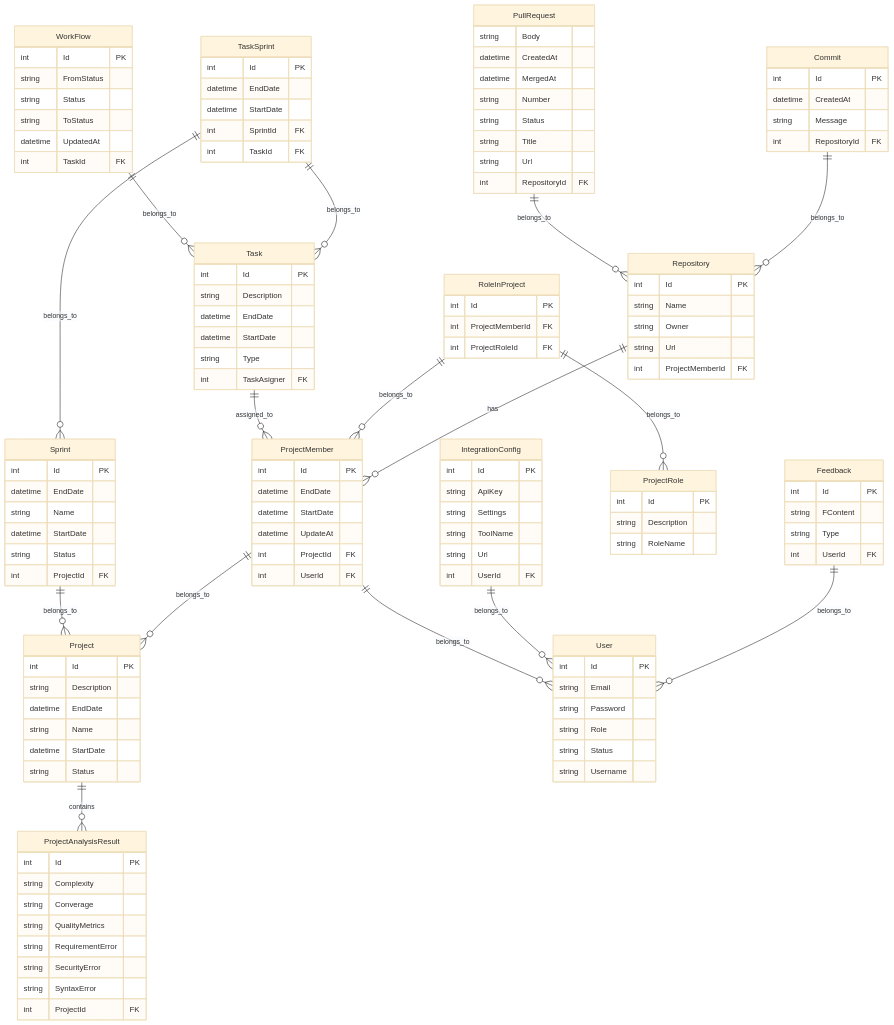
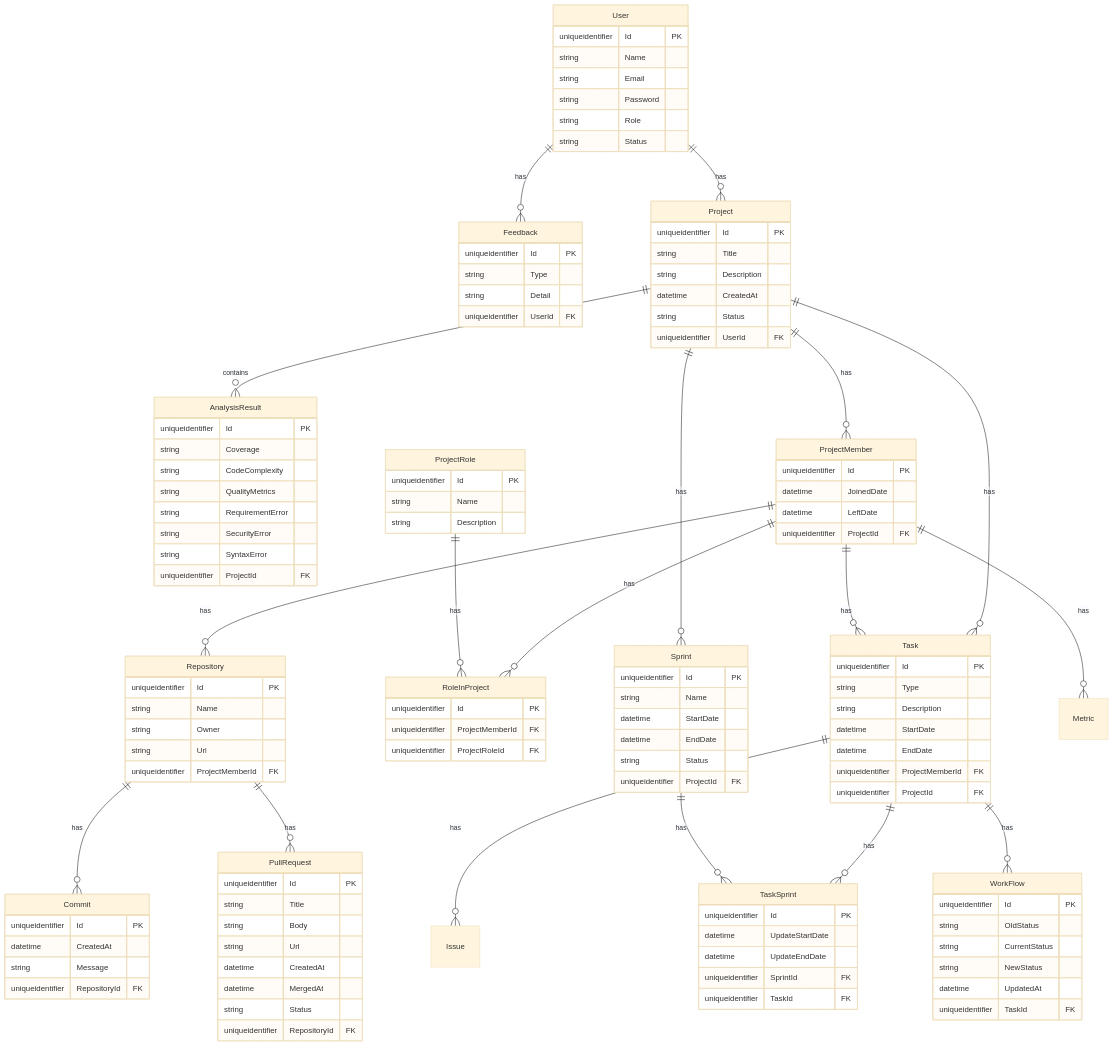
Before and after one commit to SWP490-GFA24SE110-FA24SE030/PMSAT: the diagram in Diagrams/erd.mermaid, drawn with Mermaid (base theme).

Commit message:
[Dgrm] Fixed ER diagram code (by hiep)

```diff
--- a/Diagrams/erd.mermaid
+++ b/Diagrams/erd.mermaid
@@ -1,144 +1,149 @@
 erDiagram
     Commit {
-        int Id PK
+        uniqueidentifier Id PK
         datetime CreatedAt
         string Message
-        int RepositoryId FK
+        uniqueidentifier RepositoryId FK
     }
 
     Feedback {
-        int Id PK
-        string FContent
+        uniqueidentifier Id PK
         string Type
-        int UserId FK
-    }
-
-    IntegrationConfig {
-        int Id PK
-        string ApiKey
-        string Settings
-        string ToolName
-        string Url
-        int UserId FK
+        string Detail
+        uniqueidentifier UserId FK
     }
 
     Project {
-        int Id PK
+        uniqueidentifier Id PK
+        string Title
         string Description
-        datetime EndDate
-        string Name
-        datetime StartDate
+        datetime CreatedAt
+
+        %% public | private
         string Status
+
+        uniqueidentifier UserId FK
     }
 
-    ProjectAnalysisResult {
-        int Id PK
-        string Complexity
-        string Converage
+    AnalysisResult {
+        uniqueidentifier Id PK
+        string Coverage
+        string CodeComplexity
         string QualityMetrics
         string RequirementError
         string SecurityError
         string SyntaxError
-        int ProjectId FK
+        uniqueidentifier ProjectId FK
     }
 
     ProjectMember {
-        int Id PK
-        datetime EndDate
-        datetime StartDate
-        datetime UpdateAt
-        int ProjectId FK
-        int UserId FK
+        uniqueidentifier Id PK
+        datetime JoinedDate
+        datetime LeftDate
+        uniqueidentifier ProjectId FK
     }
 
     ProjectRole {
-        int Id PK
+        uniqueidentifier Id PK
+
+        %% leader | .......
+        string Name
+
         string Description
-        string RoleName
     }
 
     PullRequest {
+        uniqueidentifier Id PK
+        string Title
         string Body
+        string Url
         datetime CreatedAt
         datetime MergedAt
-        string Number
         string Status
-        string Title
-        string Url
-        int RepositoryId FK
+        uniqueidentifier RepositoryId FK
     }
 
     Repository {
-        int Id PK
+        uniqueidentifier Id PK
         string Name
         string Owner
         string Url
-        int ProjectMemberId FK
+        uniqueidentifier ProjectMemberId FK
     }
 
     RoleInProject {
-        int Id PK
-        int ProjectMemberId FK
-        int ProjectRoleId FK
+        uniqueidentifier Id PK
+        uniqueidentifier ProjectMemberId FK
+        uniqueidentifier ProjectRoleId FK
     }
 
     Sprint {
-        int Id PK
-        datetime EndDate
+        uniqueidentifier Id PK
         string Name
         datetime StartDate
+        datetime EndDate
+
+        %% in progress | done
         string Status
-        int ProjectId FK
+
+        uniqueidentifier ProjectId FK
     }
 
     Task {
-        int Id PK
+        uniqueidentifier Id PK
+        string Type
         string Description
+        datetime StartDate
         datetime EndDate
-        datetime StartDate
-        string Type
-        int TaskAsigner FK
+        uniqueidentifier ProjectMemberId FK
+        uniqueidentifier ProjectId FK
     }
 
     TaskSprint {
-        int Id PK
-        datetime EndDate
-        datetime StartDate
-        int SprintId FK
-        int TaskId FK
+        uniqueidentifier Id PK
+        datetime UpdateStartDate
+        datetime UpdateEndDate
+        uniqueidentifier SprintId FK
+        uniqueidentifier TaskId FK
     }
 
     User {
-        int Id PK
+        uniqueidentifier Id PK
+        string Name
         string Email
         string Password
+
+        %% admin | user | moderator
         string Role
+
+        %% activated | deactivated
         string Status
-        string Username
     }
 
     WorkFlow {
-        int Id PK
-        string FromStatus
-        string Status
-        string ToStatus
+        uniqueidentifier Id PK
+        string OldStatus
+        string CurrentStatus
+        string NewStatus
         datetime UpdatedAt
-        int TaskId FK
+        uniqueidentifier TaskId FK
     }
 
     %% Relationships
-    Commit ||--o{ Repository : belongs_to
-    Feedback ||--o{ User : belongs_to
-    IntegrationConfig ||--o{ User : belongs_to
-    Project ||--o{ ProjectAnalysisResult : contains
-    ProjectMember ||--o{ Project : belongs_to
-    ProjectMember ||--o{ User : belongs_to
-    PullRequest ||--o{ Repository : belongs_to
-    Repository ||--o{ ProjectMember : has
-    RoleInProject ||--o{ ProjectMember : belongs_to
-    RoleInProject ||--o{ ProjectRole : belongs_to
-    Sprint ||--o{ Project : belongs_to
-    Task ||--o{ ProjectMember : assigned_to
-    TaskSprint ||--o{ Task : belongs_to
-    TaskSprint ||--o{ Sprint : belongs_to
-    WorkFlow ||--o{ Task : belongs_to
+    Repository ||--o{ Commit : has
+    User ||--o{ Feedback : has
+    Project ||--o{ AnalysisResult : contains
+    Project ||--o{ ProjectMember : has
+    User ||--o{ Project : has
+    Repository ||--o{ PullRequest : has
+    ProjectMember ||--o{ Repository : has
+    ProjectMember ||--o{ RoleInProject : has
+    ProjectRole ||--o{ RoleInProject : has
+    Project ||--o{ Sprint : has
+    Project ||--o{ Task : has
+    ProjectMember ||--o{ Task : has
+    ProjectMember ||--o{ Metric : has
+    Task ||--o{ TaskSprint : has
+    Task ||--o{ Issue : has
+    Sprint ||--o{ TaskSprint : has
+    Task ||--o{ WorkFlow : has
```
